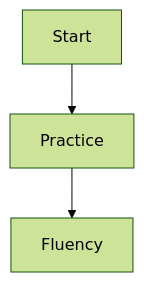
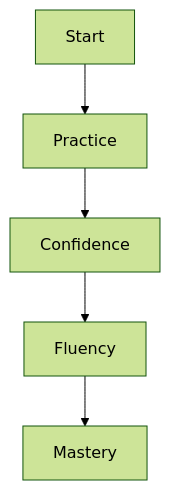
The sixth of 10 diagrams in books/afrinenglish-sample.md (Param-Harrison/ebook-writer), drawn with Mermaid (forest theme) before and after one commit. The commit also changed other lines of this file and 1 other file, not shown here.

````diff
--- a/books/afrinenglish-sample.md
+++ b/books/afrinenglish-sample.md
@@ -67,5 +201,7 @@
 ```mermaid
 graph TD
   Start --> Practice
-  Practice --> Fluency
+  Practice --> Confidence
+  Confidence --> Fluency
+  Fluency --> Mastery
 ```
````
